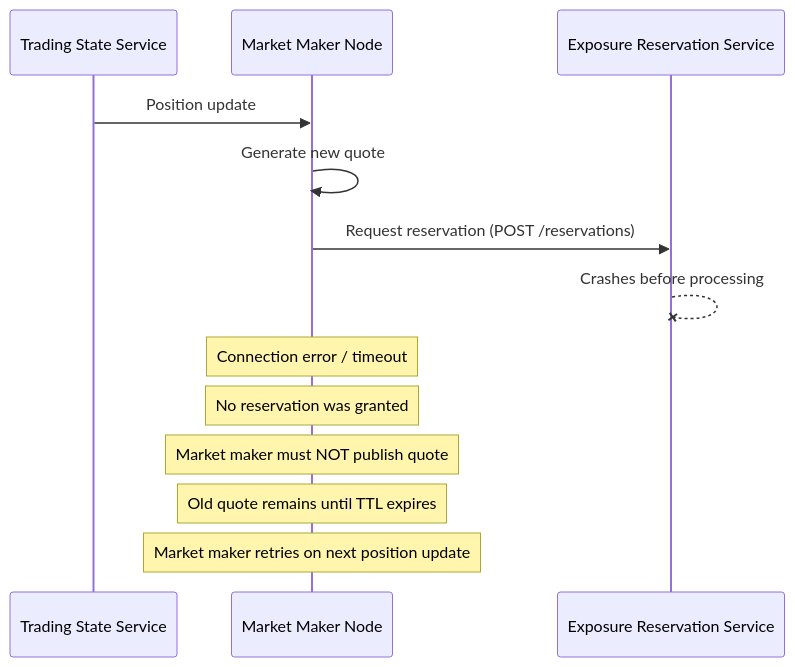
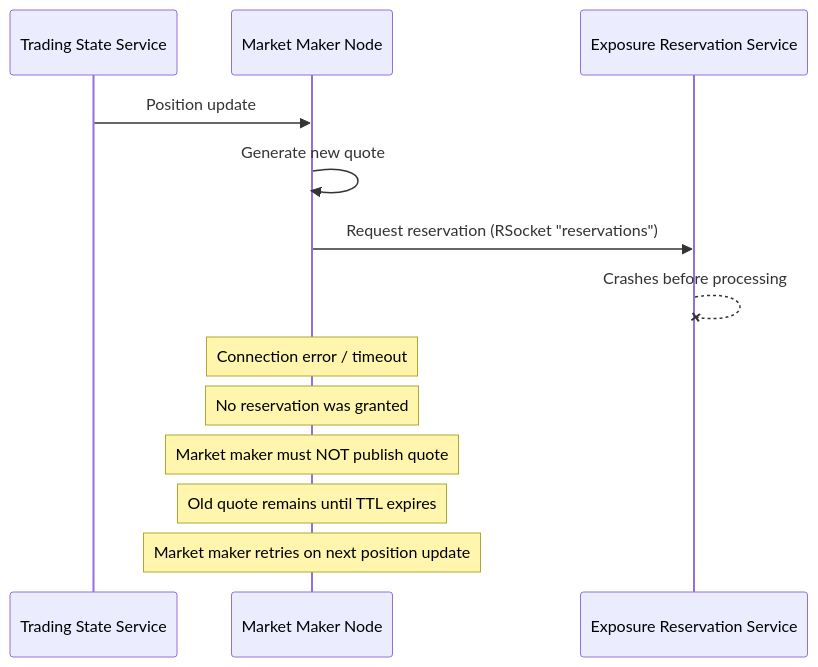
The sixth of 11 diagrams in docs/error-cases.md (S26-Distributed-Capstone/Velocity-Trading), drawn with Mermaid before and after one commit. The commit also changed other lines of this file and 1 other file, not shown here.

````diff
--- a/docs/error-cases.md
+++ b/docs/error-cases.md
@@ -113,15 +114,15 @@
 ```mermaid
 sequenceDiagram
   participant state as Trading State Service
   participant maker as Market Maker Node
   participant reservation as Exposure Reservation Service
   state->>maker: Position update
   maker->>maker: Generate new quote
-  maker->>reservation: Request reservation (POST /reservations)
+  maker->>reservation: Request reservation (RSocket "reservations")
   reservation--xreservation: Crashes before processing
   Note over maker: Connection error / timeout
   Note over maker: No reservation was granted
   Note over maker: Market maker must NOT publish quote
   Note over maker: Old quote remains until TTL expires
   Note over maker: Market maker retries on next position update
 ```
````
